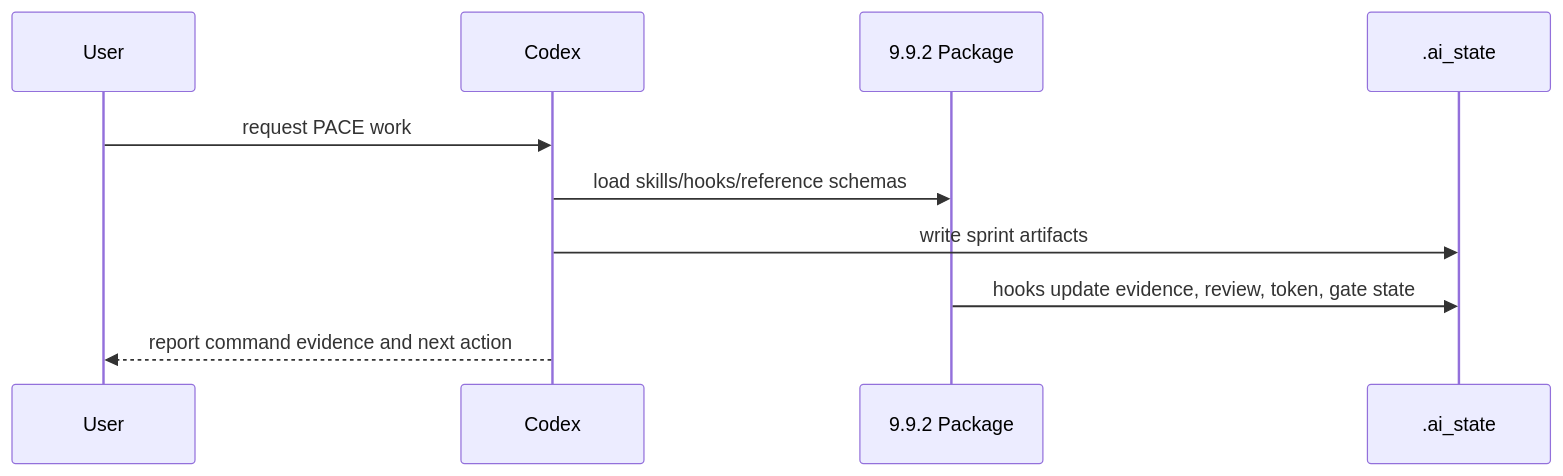
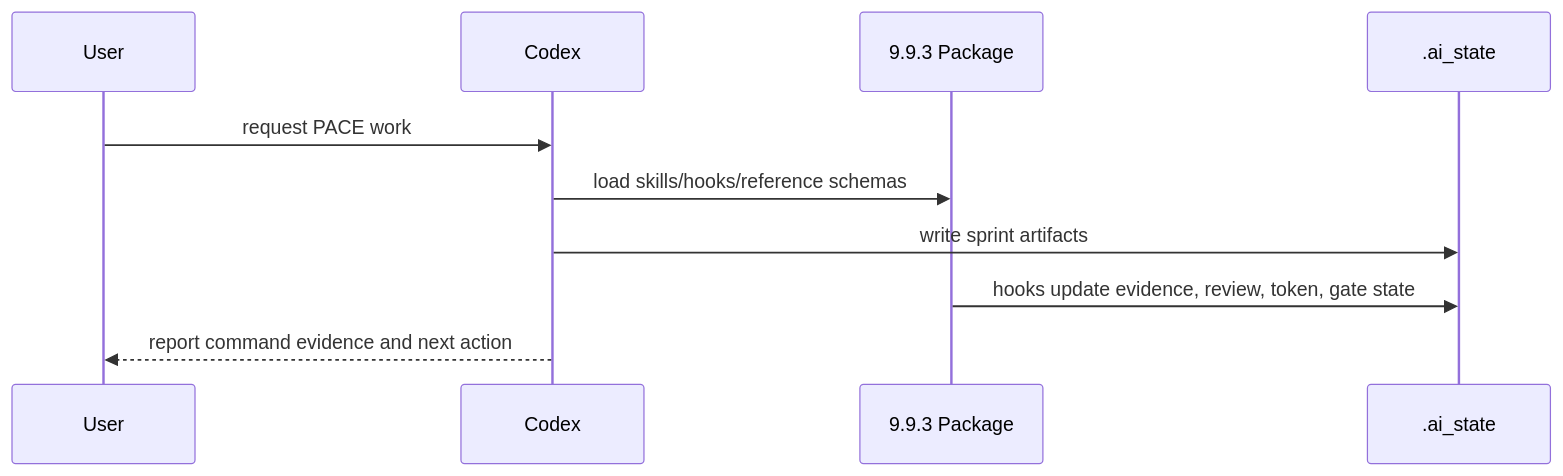
One commit to WenJunDuan/Rlues changed the second of 2 diagrams in .ai_state/architecture/ARCHITECTURE.md. Above: the diagram before and after it, drawn with Mermaid. The commit also changed other lines of this file and 19 other files, not shown here.

````diff
--- a/.ai_state/architecture/ARCHITECTURE.md
+++ b/.ai_state/architecture/ARCHITECTURE.md
@@ -56,12 +57,12 @@
 ```mermaid
 sequenceDiagram
     participant User
     participant Codex
-    participant Package as 9.9.2 Package
+    participant Package as 9.9.3 Package
     participant State as .ai_state
     User->>Codex: request PACE work
     Codex->>Package: load skills/hooks/reference schemas
     Codex->>State: write sprint artifacts
     Package->>State: hooks update evidence, review, token, gate state
     Codex-->>User: report command evidence and next action
 ```
````
